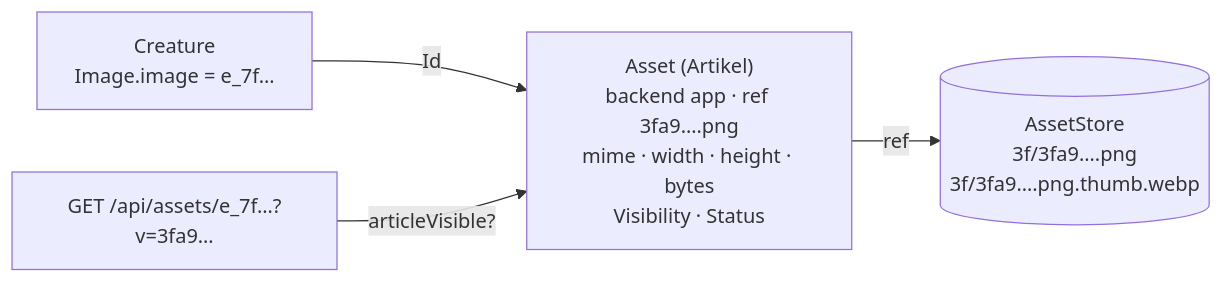
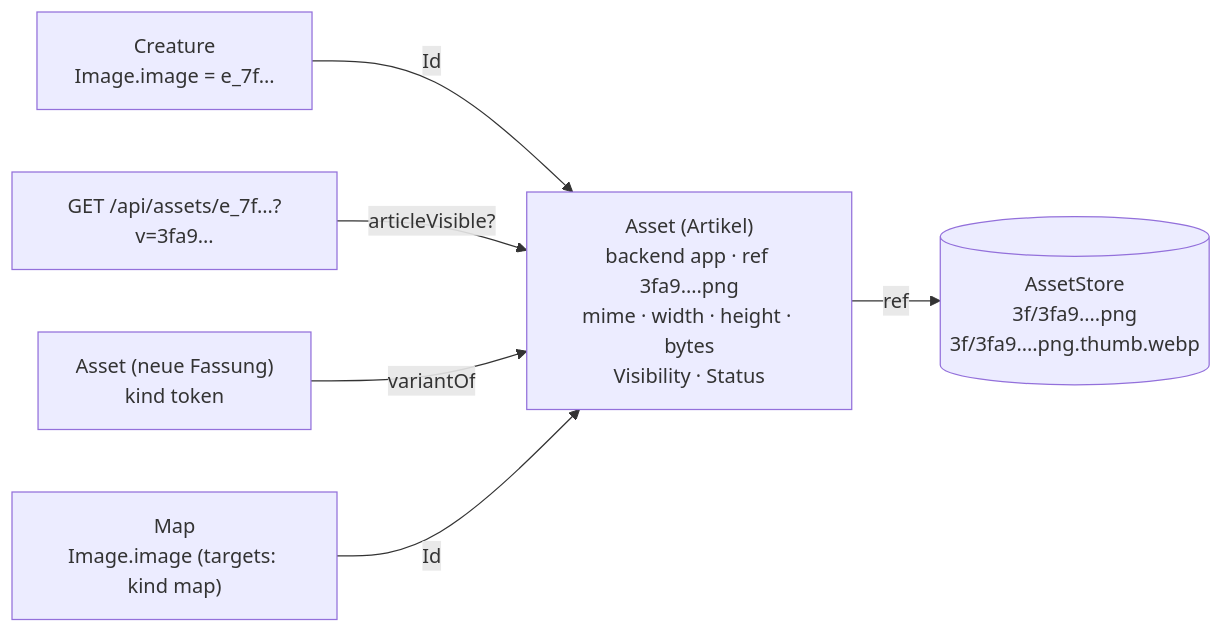
Diagram 16 of 16 in docs/Datenmodell.md (Mrfudog/Atlas-Mentis), drawn with Mermaid before and after one commit. The commit also changed other lines of this file and 13 other files, not shown here.

````diff
--- a/docs/Datenmodell.md
+++ b/docs/Datenmodell.md
@@ -1189,6 +1190,8 @@
 ```mermaid
 flowchart LR
   NSC["Creature<br/>Image.image = e_7f…"] -->|Id| A["Asset (Artikel)<br/>backend app · ref 3fa9….png<br/>mime · width · height · bytes<br/>Visibility · Status"]
   A -->|ref| D[("AssetStore<br/>3f/3fa9….png<br/>3f/3fa9….png.thumb.webp")]
   B["GET /api/assets/e_7f…?v=3fa9…"] -->|articleVisible?| A
+  V["Asset (neue Fassung)<br/>kind token"] -->|variantOf| A
+  M["Map<br/>Image.image (targets: kind map)"] -->|Id| A
 ```
````
